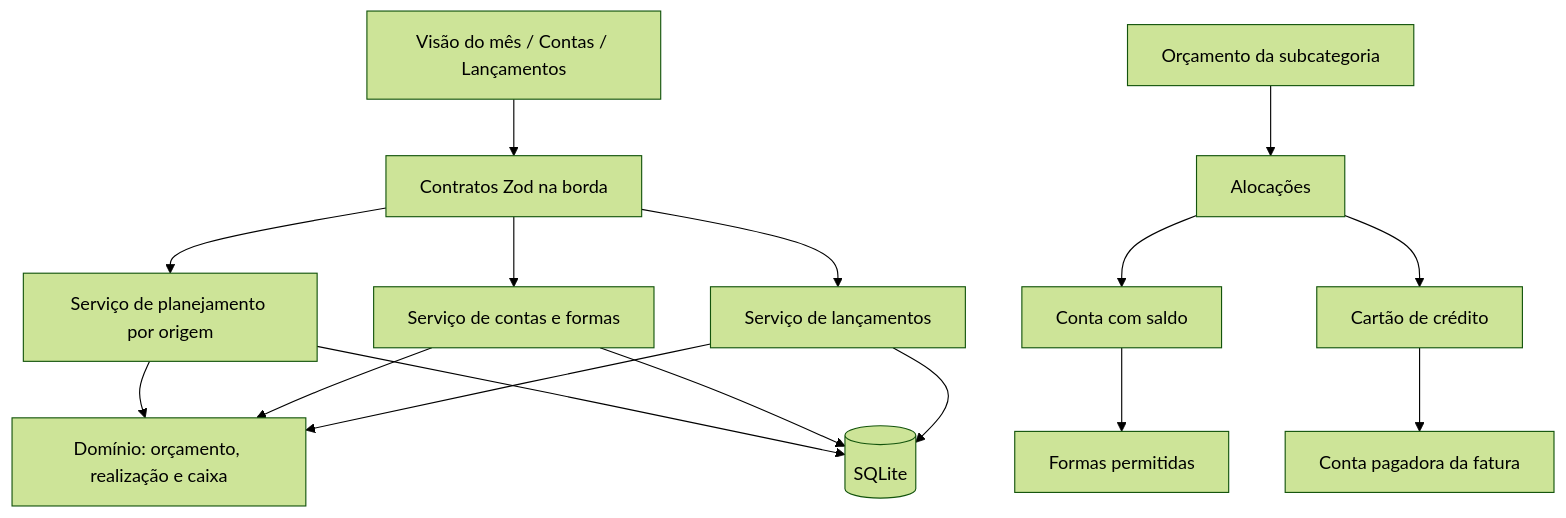
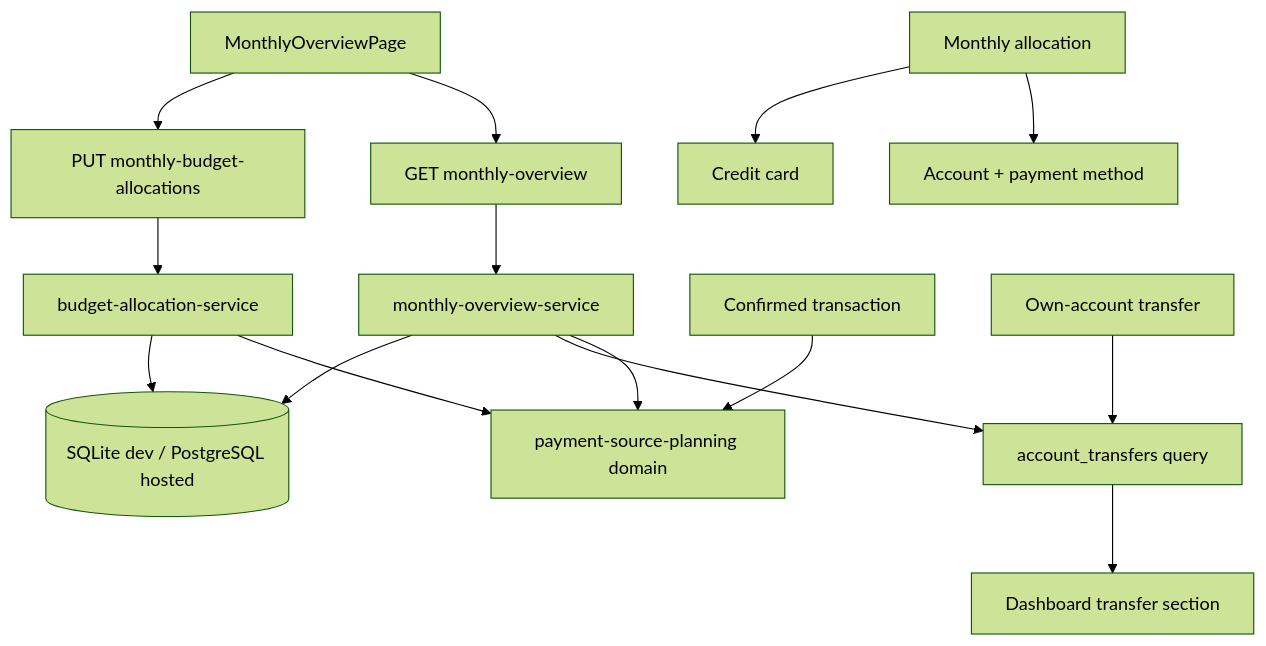
Before and after one commit to ana-biscalchin/finances: the diagram in .specs/features/payment-source-planning/design.md, drawn with Mermaid (forest theme). The commit also changed other lines of this file and 5 other files, not shown here.

First line of the commit message:
docs(finances): document payment method budgeting

````diff
--- a/.specs/features/payment-source-planning/design.md
+++ b/.specs/features/payment-source-planning/design.md
@@ -66,19 +22,18 @@
 ```mermaid
 flowchart TD
-    UI[Visão do mês / Contas / Lançamentos] --> API[Contratos Zod na borda]
-    API --> Planning[Serviço de planejamento por origem]
-    API --> Accounts[Serviço de contas e formas]
-    API --> Transactions[Serviço de lançamentos]
-    Planning --> Domain[Domínio: orçamento, realização e caixa]
-    Accounts --> Domain
-    Transactions --> Domain
-    Planning --> DB[(SQLite)]
-    Accounts --> DB
-    Transactions --> DB
+    UI[MonthlyOverviewPage] --> API[GET monthly-overview]
+    UI --> Write[PUT monthly-budget-allocations]
+    API --> Service[monthly-overview-service]
+    Write --> Planning[budget-allocation-service]
+    Service --> Domain[payment-source-planning domain]
+    Planning --> Domain
+    Service --> Transfers[account_transfers query]
+    Service --> DB[(SQLite dev / PostgreSQL hosted)]
+    Planning --> DB
 
-    Budget[Orçamento da subcategoria] --> Allocation[Alocações]
-    Allocation --> Account[Conta com saldo]
-    Allocation --> Card[Cartão de crédito]
-    Account --> Method[Formas permitidas]
-    Card --> PayingAccount[Conta pagadora da fatura]
+    Allocation[Monthly allocation] --> AccountMethod[Account + payment method]
+    Allocation --> Card[Credit card]
+    Transaction[Confirmed transaction] --> Domain
+    Transfer[Own-account transfer] --> Transfers
+    Transfers --> TransferPanel[Dashboard transfer section]
 ```
````
